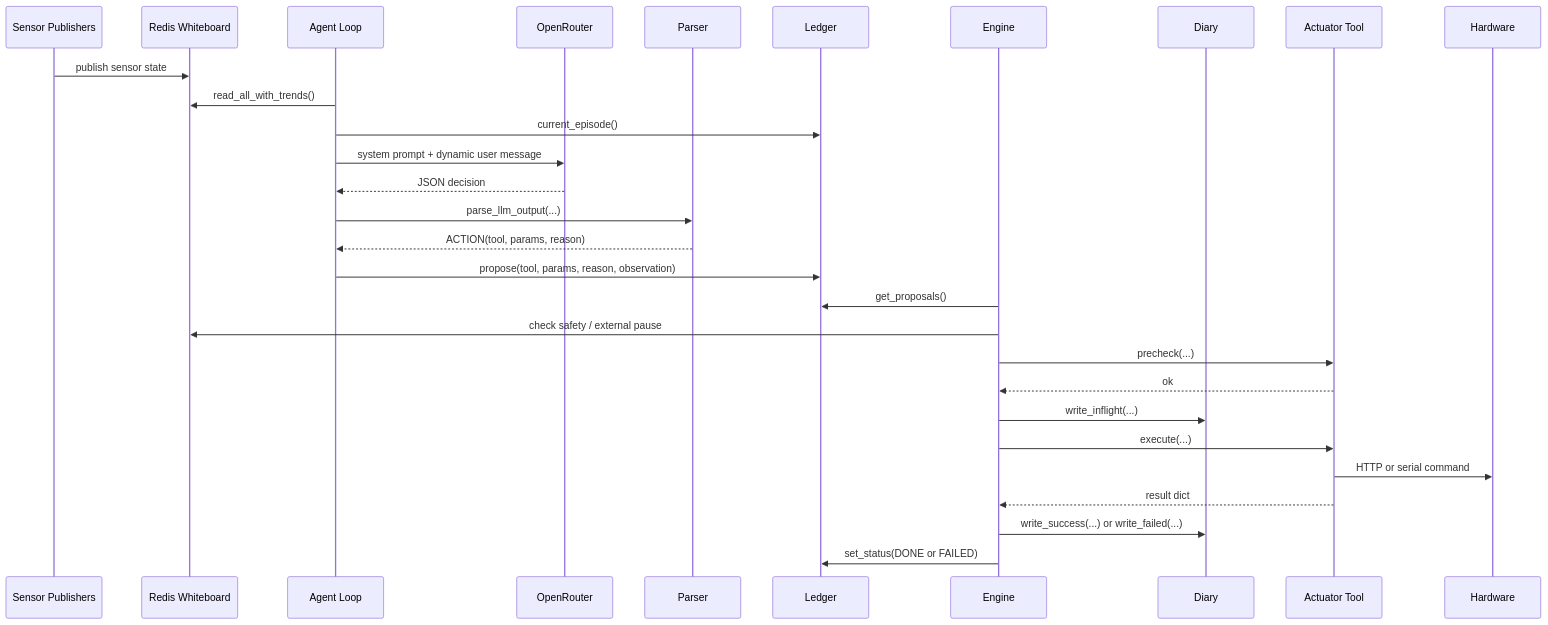
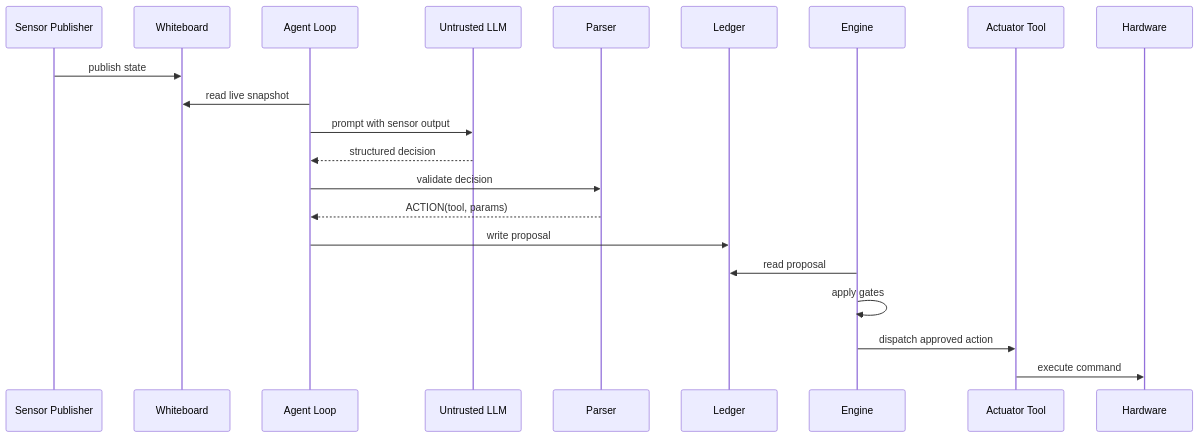
The fourth of 7 diagrams in ARCHITECTURE.md (anieyrudh/Wallee), drawn with Mermaid before and after one commit. The commit also changed other lines of this file and 23 other files, not shown here.

````diff
--- a/ARCHITECTURE.md
+++ b/ARCHITECTURE.md
@@ -126,32 +266,42 @@
 ```mermaid
+%%{init: {'theme':'base','themeVariables': {
+  'actorBkg':'#ffffff',
+  'actorBorder':'#2563eb',
+  'actorTextColor':'#0f172a',
+  'actorLineColor':'#475569',
+  'signalColor':'#475569',
+  'signalTextColor':'#0f172a',
+  'labelBoxBkgColor':'#e0f2fe',
+  'labelBoxBorderColor':'#0891b2',
+  'labelTextColor':'#164e63',
+  'loopTextColor':'#0f172a',
+  'noteBkgColor':'#fef3c7',
+  'noteBorderColor':'#d97706',
+  'noteTextColor':'#78350f',
+  'activationBkgColor':'#dbeafe',
+  'activationBorderColor':'#2563eb',
+  'sequenceNumberColor':'#0f172a'
+}}%%
 sequenceDiagram
-    participant Sensor as Sensor Publishers
-    participant WB as Redis Whiteboard
+    participant Sensor as Sensor Publisher
+    participant WB as Whiteboard
     participant Agent as Agent Loop
-    participant LLM as OpenRouter
+    participant LLM as Untrusted LLM
     participant Parser as Parser
     participant Ledger as Ledger
     participant Engine as Engine
-    participant Diary as Diary
-    participant Tool as Actuator Tool
-    participant Machine as Hardware
+    participant Actuator as Actuator Tool
+    participant HW as Hardware
 
-    Sensor->>WB: publish sensor state
-    Agent->>WB: read_all_with_trends()
-    Agent->>Ledger: current_episode()
-    Agent->>LLM: system prompt + dynamic user message
-    LLM-->>Agent: JSON decision
-    Agent->>Parser: parse_llm_output(...)
-    Parser-->>Agent: ACTION(tool, params, reason)
-    Agent->>Ledger: propose(tool, params, reason, observation)
-    Engine->>Ledger: get_proposals()
-    Engine->>WB: check safety / external pause
-    Engine->>Tool: precheck(...)
-    Tool-->>Engine: ok
-    Engine->>Diary: write_inflight(...)
-    Engine->>Tool: execute(...)
-    Tool->>Machine: HTTP or serial command
-    Tool-->>Engine: result dict
-    Engine->>Diary: write_success(...) or write_failed(...)
-    Engine->>Ledger: set_status(DONE or FAILED)
+    Sensor->>WB: publish state
+    Agent->>WB: read live snapshot
+    Agent->>LLM: prompt with sensor output
+    LLM-->>Agent: structured decision
+    Agent->>Parser: validate decision
+    Parser-->>Agent: ACTION(tool, params)
+    Agent->>Ledger: write proposal
+    Engine->>Ledger: read proposal
+    Engine->>Engine: apply gates
+    Engine->>Actuator: dispatch approved action
+    Actuator->>HW: execute command
 ```
````
